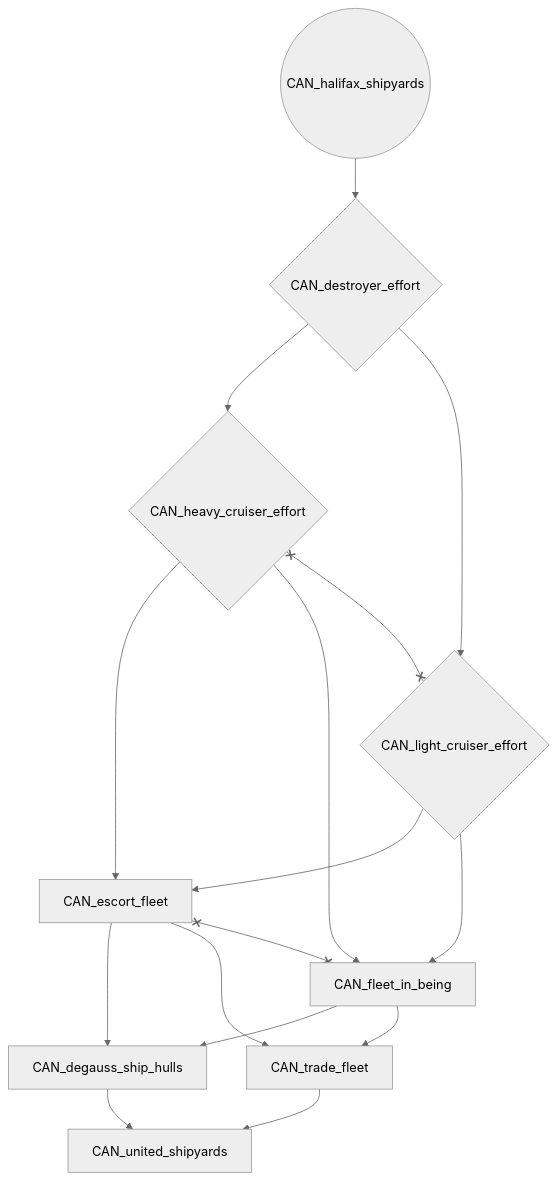
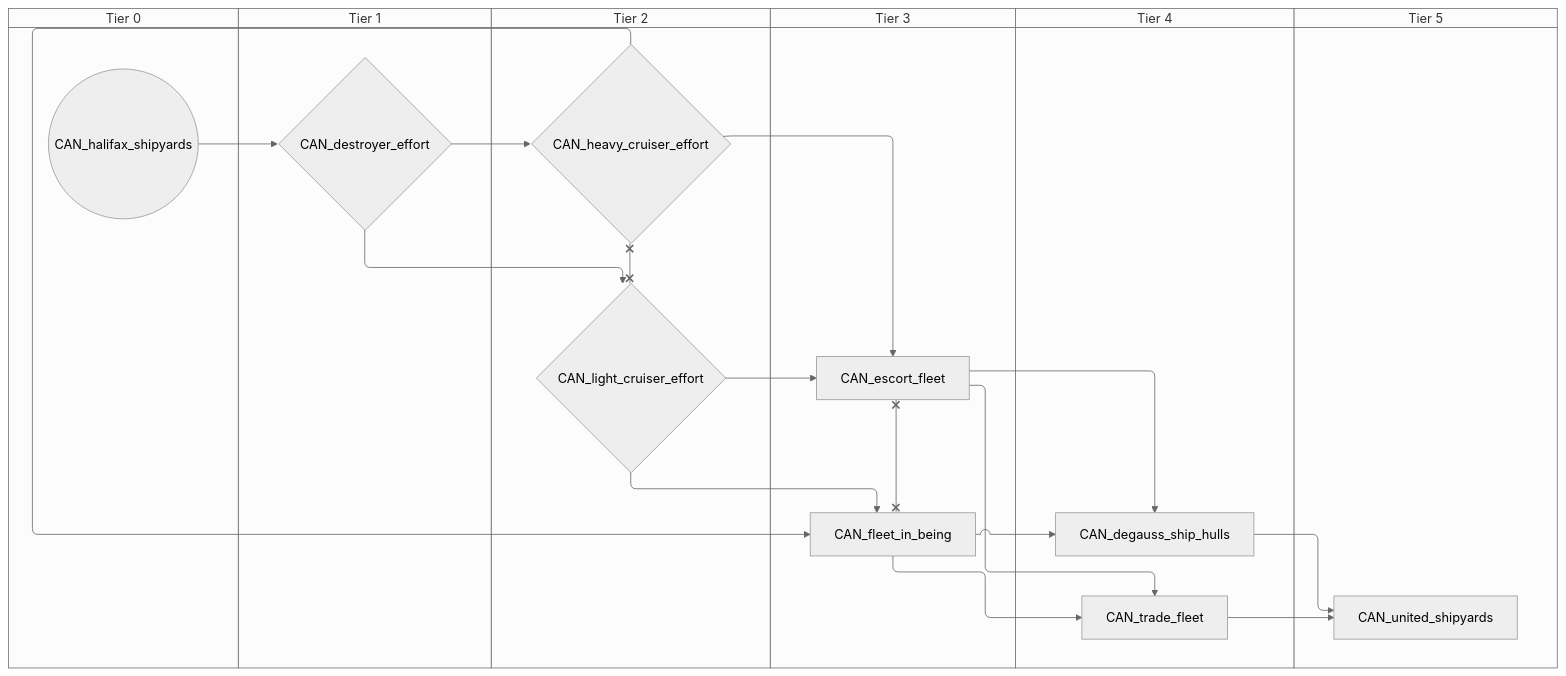
One commit to evgeny-sobol/hoi4-sandbox-mode changed the fourth of 9 diagrams in docs/gdd/National Focuses/canada.md. Above: the diagram before and after it, drawn with Mermaid (neutral theme). The commit also changed other lines of this file and 80 other files, not shown here.

First line of the commit message:
Add swimlane mode to focus graph exporter

````diff
--- a/docs/gdd/National Focuses/canada.md
+++ b/docs/gdd/National Focuses/canada.md
@@ -168,27 +206,39 @@
 ```mermaid
-flowchart TD
-    n44["CAN_degauss_ship_hulls"]
-    n45{"CAN_destroyer_effort"}
-    n46["CAN_escort_fleet"]
-    n47["CAN_fleet_in_being"]
-    n48(("CAN_halifax_shipyards"))
-    n49{"CAN_heavy_cruiser_effort"}
-    n50{"CAN_light_cruiser_effort"}
-    n51["CAN_trade_fleet"]
-    n52["CAN_united_shipyards"]
-    n46 --> n44
-    n47 --> n44
-    n48 --> n45
-    n50 --> n46
-    n49 --> n46
-    n50 --> n47
-    n49 --> n47
-    n45 --> n49
-    n45 --> n50
-    n46 --> n51
-    n47 --> n51
+swimlane-beta TD
+    subgraph tier_0["Tier 0"]
+        n44(("CAN_halifax_shipyards"))
+    end
+    subgraph tier_1["Tier 1"]
+        n45{"CAN_destroyer_effort"}
+    end
+    subgraph tier_2["Tier 2"]
+        n46{"CAN_heavy_cruiser_effort"}
+        n47{"CAN_light_cruiser_effort"}
+    end
+    subgraph tier_3["Tier 3"]
+        n48["CAN_escort_fleet"]
+        n49["CAN_fleet_in_being"]
+    end
+    subgraph tier_4["Tier 4"]
+        n50["CAN_degauss_ship_hulls"]
+        n51["CAN_trade_fleet"]
+    end
+    subgraph tier_5["Tier 5"]
+        n52["CAN_united_shipyards"]
+    end
+    n48 --> n50
+    n49 --> n50
+    n44 --> n45
+    n47 --> n48
+    n46 --> n48
+    n47 --> n49
+    n46 --> n49
+    n45 --> n46
+    n45 --> n47
+    n48 --> n51
+    n49 --> n51
     n51 --> n52
-    n44 --> n52
+    n50 --> n52
+    n48 x--x n49
     n46 x--x n47
-    n49 x--x n50
 ```
````
